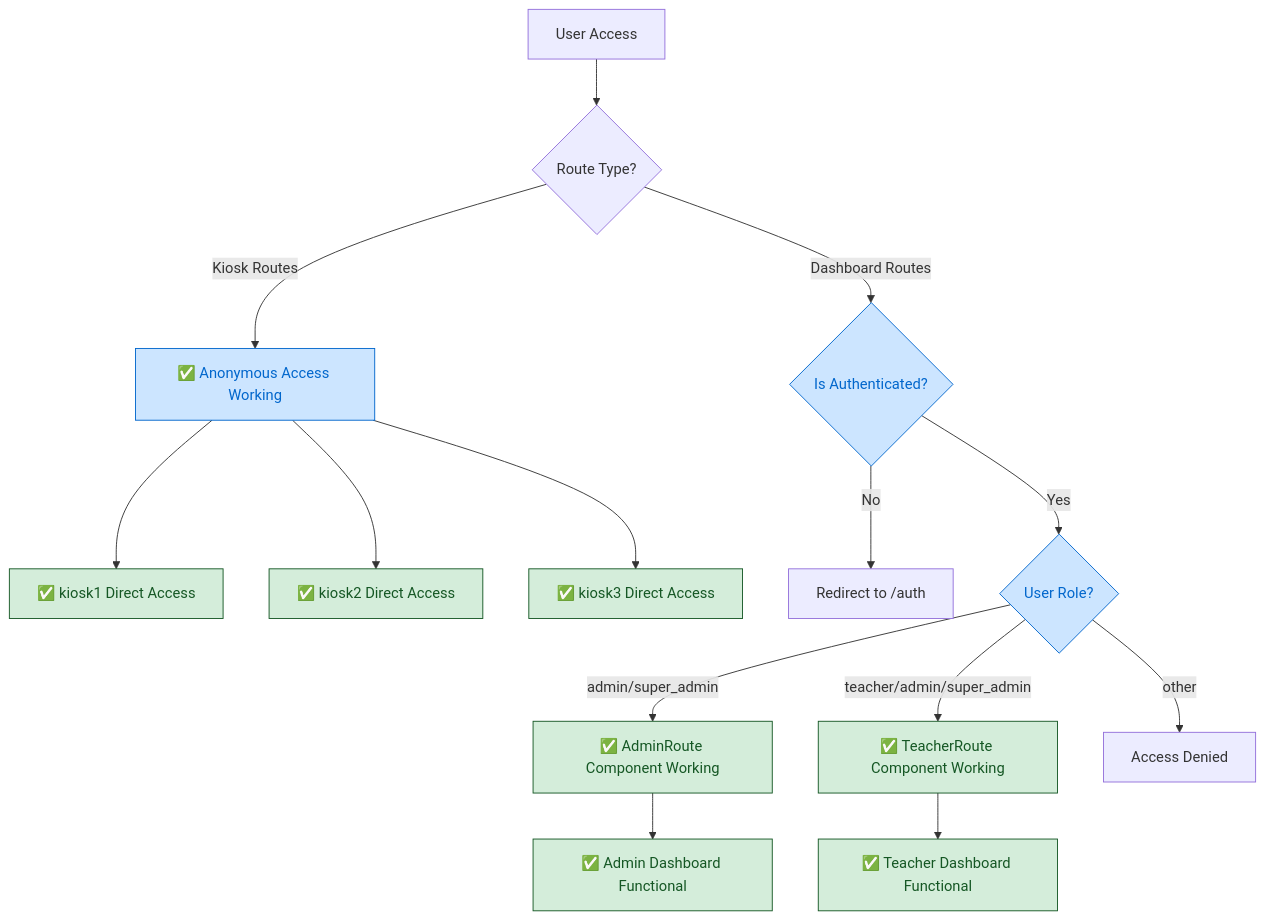
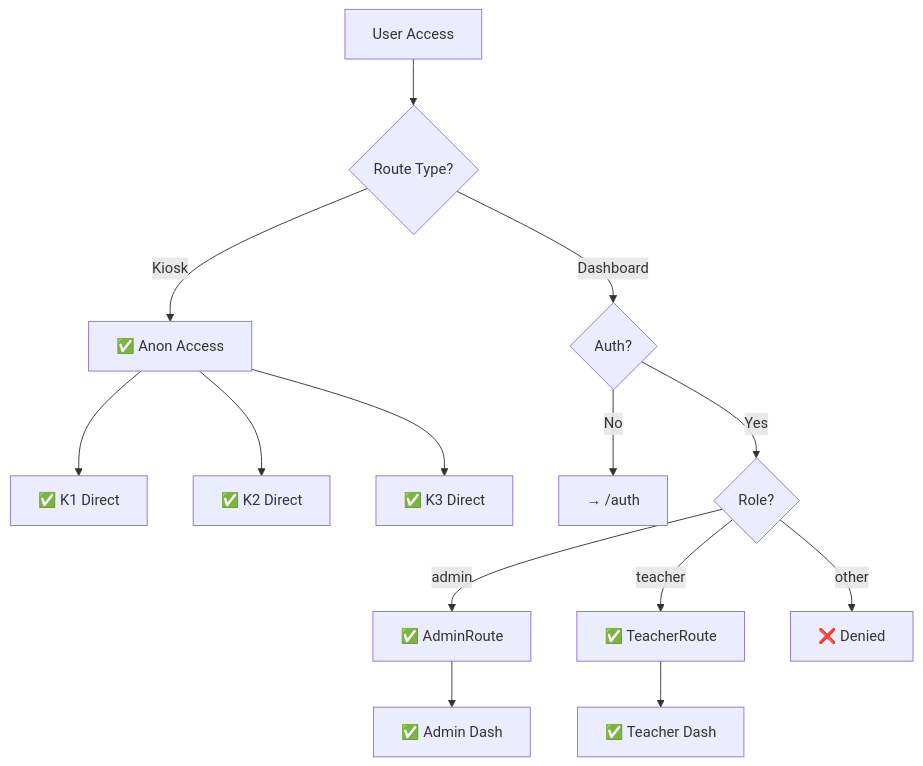
One commit to Splurfa/bx-os changed the first of 4 diagrams in docs/flowcharts/Current-State/01-current-authentication-complete.md. Above: the diagram before and after it, drawn with Mermaid. The commit also changed other lines of this file and 6 other files, not shown here.

Commit message:
Fix Mermaid text cutoff with basic syntax

````diff
--- a/docs/flowcharts/Current-State/01-current-authentication-complete.md
+++ b/docs/flowcharts/Current-State/01-current-authentication-complete.md
@@ -9,26 +9,20 @@
 ```mermaid
 flowchart TD
-    A["`User Access`"] --> B{"`Route Type?`"}
-    B -->|Kiosk Routes| C["`✅ Anonymous Access Working`"]
-    B -->|Dashboard Routes| D{"`Is Authenticated?`"}
+    A[User Access] --> B{Route Type?}
+    B -->|Kiosk| C[✅ Anon Access]
+    B -->|Dashboard| D{Auth?}
     
-    C --> E["`✅ kiosk1 Direct Access`"]
-    C --> F["`✅ kiosk2 Direct Access`"]
-    C --> G["`✅ kiosk3 Direct Access`"]
+    C --> E[✅ K1 Direct]
+    C --> F[✅ K2 Direct]
+    C --> G[✅ K3 Direct]
     
-    D -->|No| H["`Redirect to /auth`"]
-    D -->|Yes| I{"`User Role?`"}
+    D -->|No| H[→ /auth]
+    D -->|Yes| I{Role?}
     
-    I -->|admin/super_admin| J["`✅ AdminRoute Component Working`"]
-    I -->|teacher/admin/super_admin| K["`✅ TeacherRoute Component Working`"]
-    I -->|other| L["`Access Denied`"]
+    I -->|admin| J[✅ AdminRoute]
+    I -->|teacher| K[✅ TeacherRoute]
+    I -->|other| L[❌ Denied]
     
-    J --> M["`✅ Admin Dashboard Functional`"]
-    K --> N["`✅ Teacher Dashboard Functional`"]
-    
-    classDef working fill:#d4edda,stroke:#155724,color:#155724
-    classDef functional fill:#cce5ff,stroke:#0066cc,color:#0066cc
-    
-    class E,F,G,J,K,M,N working
-    class C,D,I functional
+    J --> M[✅ Admin Dash]
+    K --> N[✅ Teacher Dash]
 ```
````
